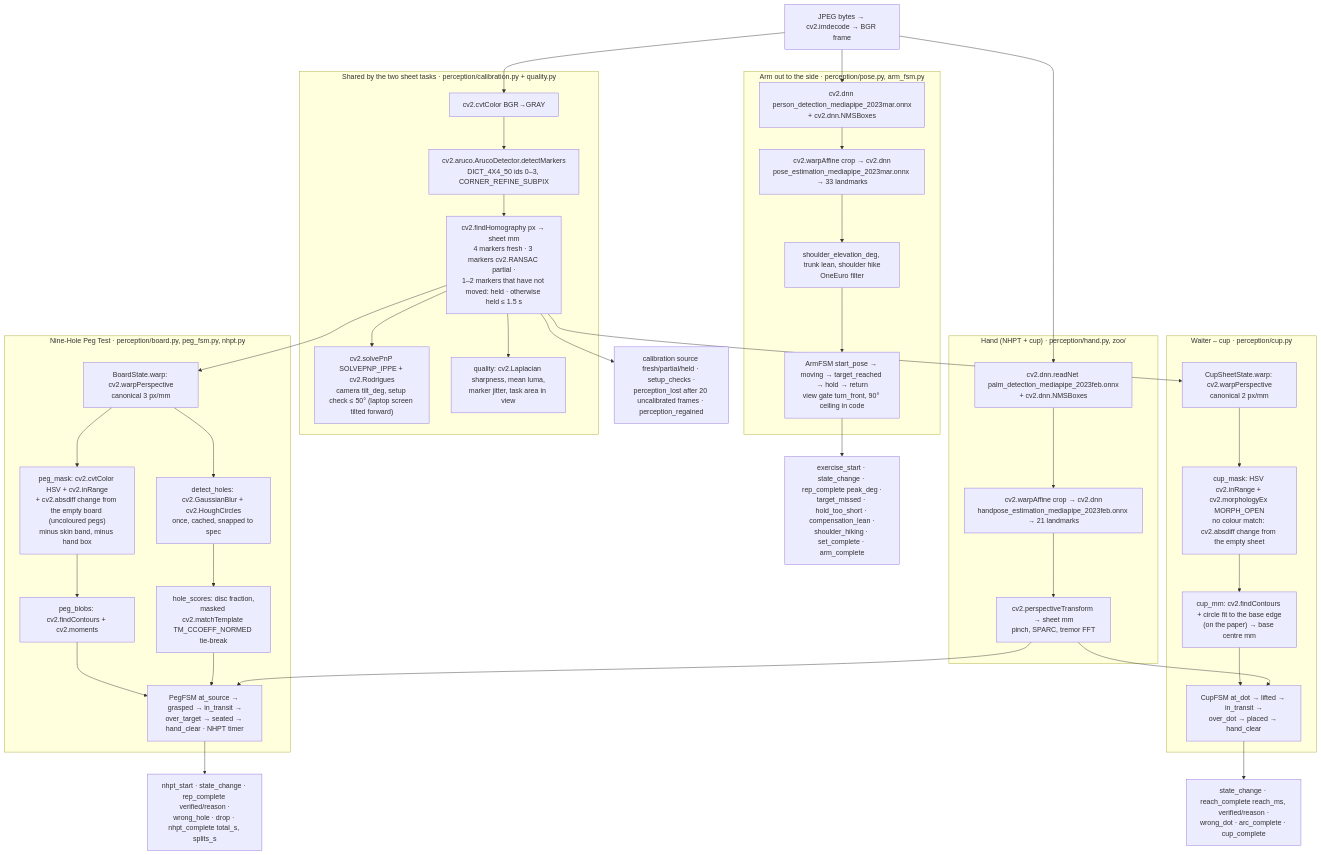
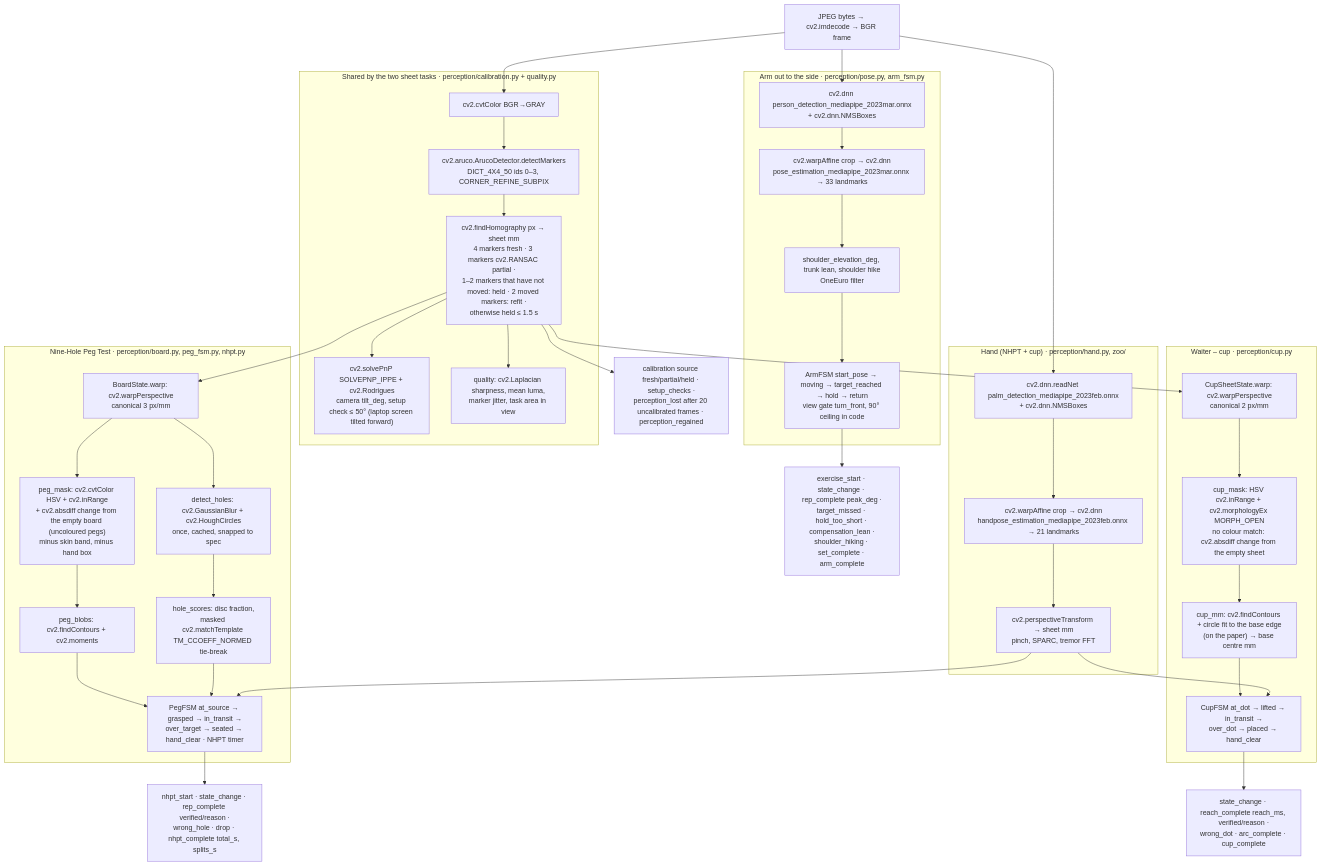
The second of 4 diagrams in docs/ARCHITECTURE.md (Sathvik609/Praxis), drawn with Mermaid before and after one commit. The commit also changed other lines of this file and 41 other files, not shown here.

````diff
--- a/docs/ARCHITECTURE.md
+++ b/docs/ARCHITECTURE.md
@@ -112,62 +112,62 @@
 ```mermaid
 flowchart TB
     IN["JPEG bytes → cv2.imdecode → BGR frame"]
 
     subgraph SHEET["Shared by the two sheet tasks · perception/calibration.py + quality.py"]
         A1["cv2.cvtColor BGR→GRAY"]
         A2["cv2.aruco.ArucoDetector.detectMarkers<br/>DICT_4X4_50 ids 0–3, CORNER_REFINE_SUBPIX"]
-        A3["cv2.findHomography px → sheet mm<br/>4 markers fresh · 3 markers cv2.RANSAC partial ·<br/>1–2 markers that have not moved: held · otherwise held ≤ 1.5 s"]
+        A3["cv2.findHomography px → sheet mm<br/>4 markers fresh · 3 markers cv2.RANSAC partial ·<br/>1–2 markers that have not moved: held · 2 moved markers: refit ·<br/>otherwise held ≤ 1.5 s"]
         A4["cv2.solvePnP SOLVEPNP_IPPE + cv2.Rodrigues<br/>camera tilt_deg, setup check ≤ 50° (laptop screen tilted forward)"]
         A5["quality: cv2.Laplacian sharpness, mean luma,<br/>marker jitter, task area in view"]
         A1 --> A2 --> A3 --> A4
         A3 --> A5
     end
 
     subgraph NHPT["Nine-Hole Peg Test · perception/board.py, peg_fsm.py, nhpt.py"]
         N1["BoardState.warp: cv2.warpPerspective<br/>canonical 3 px/mm"]
         N2["detect_holes: cv2.GaussianBlur + cv2.HoughCircles<br/>once, cached, snapped to spec"]
         N3["peg_mask: cv2.cvtColor HSV + cv2.inRange<br/>+ cv2.absdiff change from the empty board (uncoloured pegs)<br/>minus skin band, minus hand box"]
         N4["peg_blobs: cv2.findContours + cv2.moments"]
         N5["hole_scores: disc fraction,<br/>masked cv2.matchTemplate TM_CCOEFF_NORMED tie-break"]
         N6["PegFSM at_source → grasped → in_transit →<br/>over_target → seated → hand_clear · NHPT timer"]
         N1 --> N2 --> N5
         N1 --> N3 --> N4 --> N6
         N5 --> N6
     end
 
     subgraph CUPS["Waiter – cup · perception/cup.py"]
         C1["CupSheetState.warp: cv2.warpPerspective<br/>canonical 2 px/mm"]
         C2["cup_mask: HSV cv2.inRange + cv2.morphologyEx MORPH_OPEN<br/>no colour match: cv2.absdiff change from the empty sheet"]
         C3["cup_mm: cv2.findContours + circle fit to the base edge<br/>(on the paper) → base centre mm"]
         C4["CupFSM at_dot → lifted → in_transit →<br/>over_dot → placed → hand_clear"]
         C1 --> C2 --> C3 --> C4
     end
 
     subgraph HANDS["Hand (NHPT + cup) · perception/hand.py, zoo/"]
         H1["cv2.dnn.readNet palm_detection_mediapipe_2023feb.onnx<br/>+ cv2.dnn.NMSBoxes"]
         H2["cv2.warpAffine crop → cv2.dnn<br/>handpose_estimation_mediapipe_2023feb.onnx → 21 landmarks"]
         H3["cv2.perspectiveTransform → sheet mm<br/>pinch, SPARC, tremor FFT"]
         H1 --> H2 --> H3
     end
 
     subgraph ARM["Arm out to the side · perception/pose.py, arm_fsm.py"]
         P1["cv2.dnn person_detection_mediapipe_2023mar.onnx<br/>+ cv2.dnn.NMSBoxes"]
         P2["cv2.warpAffine crop → cv2.dnn<br/>pose_estimation_mediapipe_2023mar.onnx → 33 landmarks"]
         P3["shoulder_elevation_deg, trunk lean, shoulder hike<br/>OneEuro filter"]
         P4["ArmFSM start_pose → moving → target_reached → hold → return<br/>view gate turn_front, 90° ceiling in code"]
         P1 --> P2 --> P3 --> P4
     end
 
     IN --> A1
     IN --> H1
     IN --> P1
     A3 --> N1
     A3 --> C1
     H3 --> N6
     H3 --> C4
 
     N6 --> EN["nhpt_start · state_change · rep_complete verified/reason ·<br/>wrong_hole · drop · nhpt_complete total_s, splits_s"]
     C4 --> EC["state_change · reach_complete reach_ms, verified/reason ·<br/>wrong_dot · arc_complete · cup_complete"]
     P4 --> EA["exercise_start · state_change · rep_complete peak_deg ·<br/>target_missed · hold_too_short · compensation_lean ·<br/>shoulder_hiking · set_complete · arm_complete"]
     A3 --> EP["calibration source fresh/partial/held · setup_checks ·<br/>perception_lost after 20 uncalibrated frames · perception_regained"]
 ```
````
